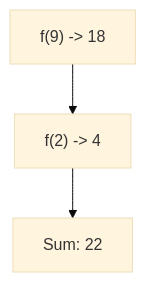
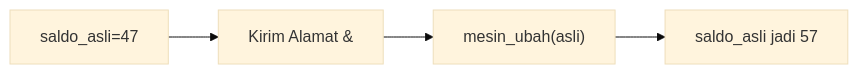
One commit to amnahwaida/OSNK_INF_PREP changed diagram 14 of 25 in part-c-pemahaman-cpp/04-fungsi/latihan/set-08.md. Above: the diagram before and after it, drawn with Mermaid (base theme). The commit also changed other lines of this file and 71 other files, not shown here.

````diff
--- a/part-c-pemahaman-cpp/04-fungsi/latihan/set-08.md
+++ b/part-c-pemahaman-cpp/04-fungsi/latihan/set-08.md
@@ -370,5 +385,6 @@
 ```mermaid
-graph TD
-A["f(9) -> 18"] --> B["f(2) -> 4"]
-B --> C["Sum: 22"]
+graph LR
+A["saldo_asli=47"] --> B["Kirim Alamat &"]
+B --> C["mesin_ubah(asli)"]
+C --> D["saldo_asli jadi 57"]
 ```
````
